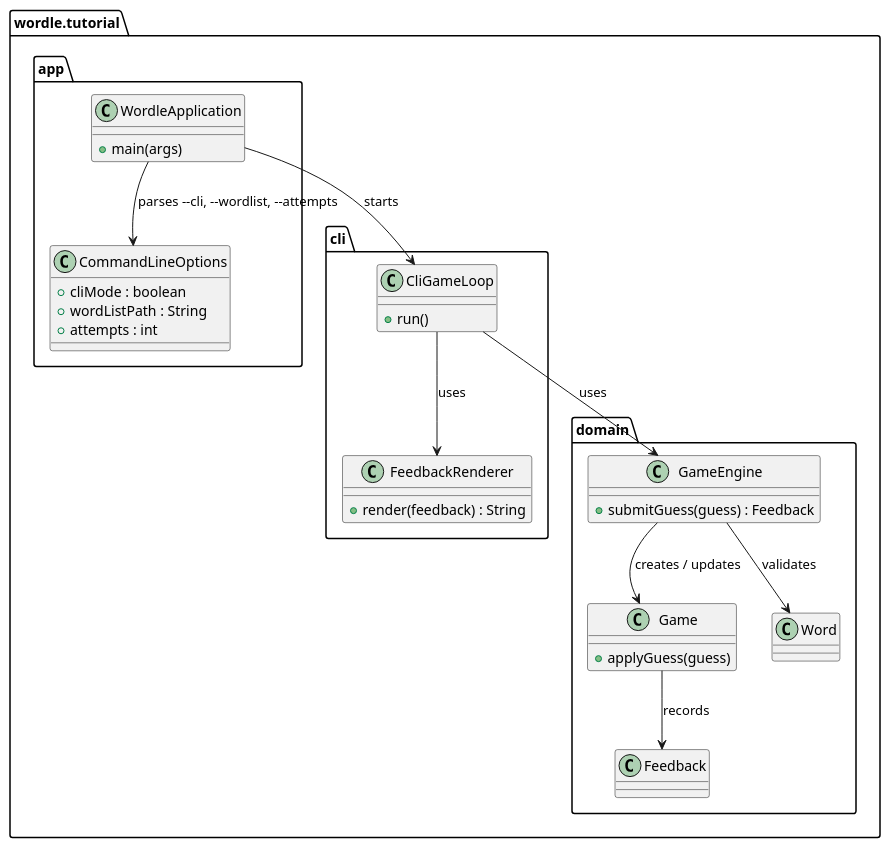
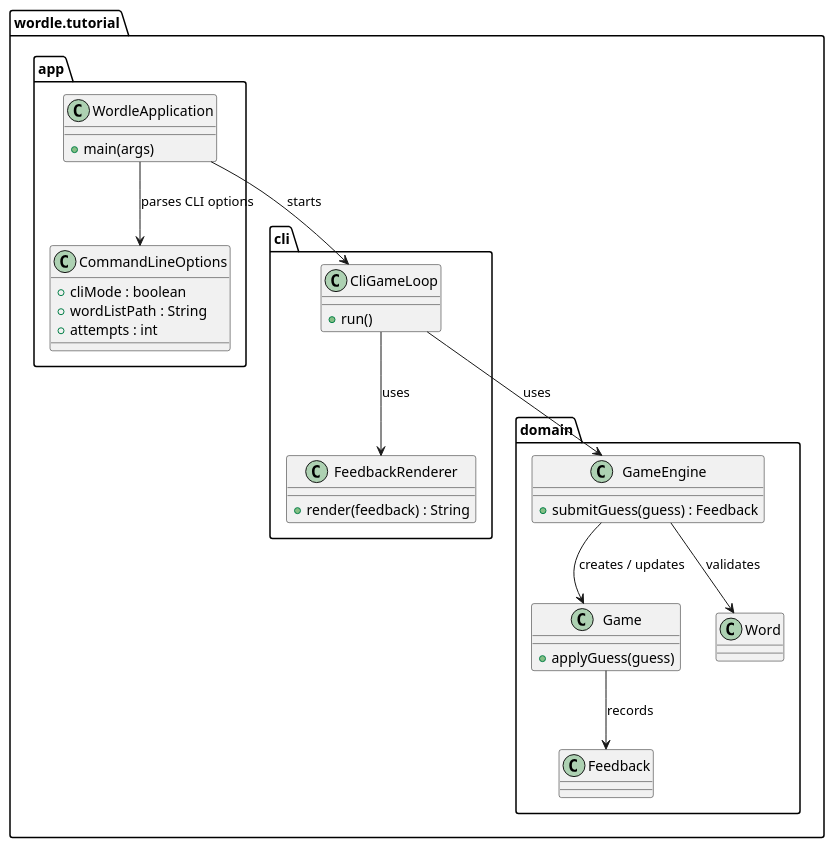
One commit to dpolivaev/spec-loop changed the fifth of 6 diagrams in skills/spec-loop-plan-task/examples/example-task-wordle-cli.md. Above: the diagram before and after it, drawn with PlantUML. The commit also changed other lines of this file and 2 other files, not shown here.

Commit message:
Update skill examples for diagram-first rules

````diff
--- a/skills/spec-loop-plan-task/examples/example-task-wordle-cli.md
+++ b/skills/spec-loop-plan-task/examples/example-task-wordle-cli.md
@@ -174,46 +171,46 @@
   ```plantuml
   @startuml
   set separator none
 
   package "wordle.tutorial" {
     package "app" {
       class WordleApplication {
         + main(args)
       }
       class CommandLineOptions {
         + cliMode : boolean
         + wordListPath : String
         + attempts : int
       }
     }
 
     package "cli" {
       class CliGameLoop {
         + run()
       }
       class FeedbackRenderer {
         + render(feedback) : String
       }
     }
 
     package "domain" {
       class Game {
         + applyGuess(guess)
       }
       class GameEngine {
         + submitGuess(guess) : Feedback
       }
       class Feedback
       class Word
     }
   }
 
-  WordleApplication --> CommandLineOptions : parses ~--cli, ~--wordlist, ~--attempts
+  WordleApplication --> CommandLineOptions : parses CLI options
   WordleApplication --> CliGameLoop : starts
   CliGameLoop --> GameEngine : uses
   CliGameLoop --> FeedbackRenderer : uses
   GameEngine --> Game : creates / updates
   GameEngine --> Word : validates
   Game --> Feedback : records
   @enduml
   ```
````
